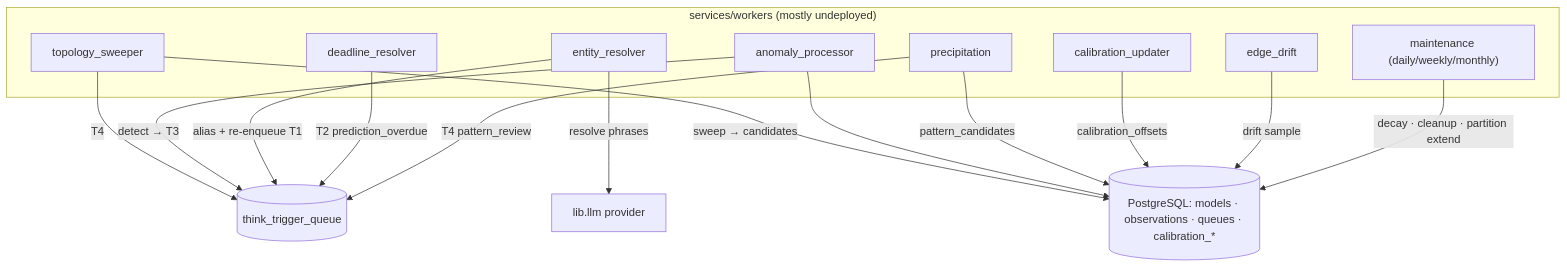
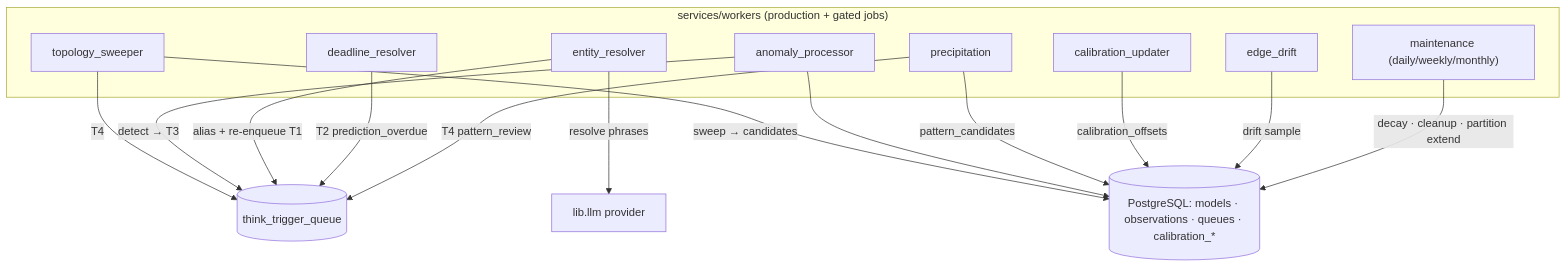
One commit to Fyralisinc/fyraliscore changed the diagram in docs/architecture/workers.md. Above: the diagram before and after it, drawn with Mermaid. The commit also changed other lines of this file and 11 other files, not shown here.

````diff
--- a/docs/architecture/workers.md
+++ b/docs/architecture/workers.md
@@ -38,30 +36,30 @@
 ```mermaid
 graph TD
-    subgraph workers["services/workers (mostly undeployed)"]
+    subgraph workers["services/workers (production + gated jobs)"]
       SWEEP["topology_sweeper"]
       ANOM["anomaly_processor"]
       ENT["entity_resolver"]
       CAL["calibration_updater"]
       DL["deadline_resolver"]
       PREC["precipitation"]
       DRIFT["edge_drift"]
       MAINT["maintenance (daily/weekly/monthly)"]
     end
 
     PG[("PostgreSQL: models · observations · queues · calibration_*")]
     TTQ[("think_trigger_queue")]
     LLM["lib.llm provider"]
 
     SWEEP -->|"sweep → candidates"| PG
     SWEEP -->|"T4"| TTQ
     ANOM -->|"detect → T3"| TTQ
     ANOM --> PG
     ENT -->|"resolve phrases"| LLM
     ENT -->|"alias + re-enqueue T1"| TTQ
     DL -->|"T2 prediction_overdue"| TTQ
     PREC -->|"pattern_candidates"| PG
     PREC -->|"T4 pattern_review"| TTQ
     CAL -->|"calibration_offsets"| PG
     DRIFT -->|"drift sample"| PG
     MAINT -->|"decay · cleanup · partition extend"| PG
 ```
````
